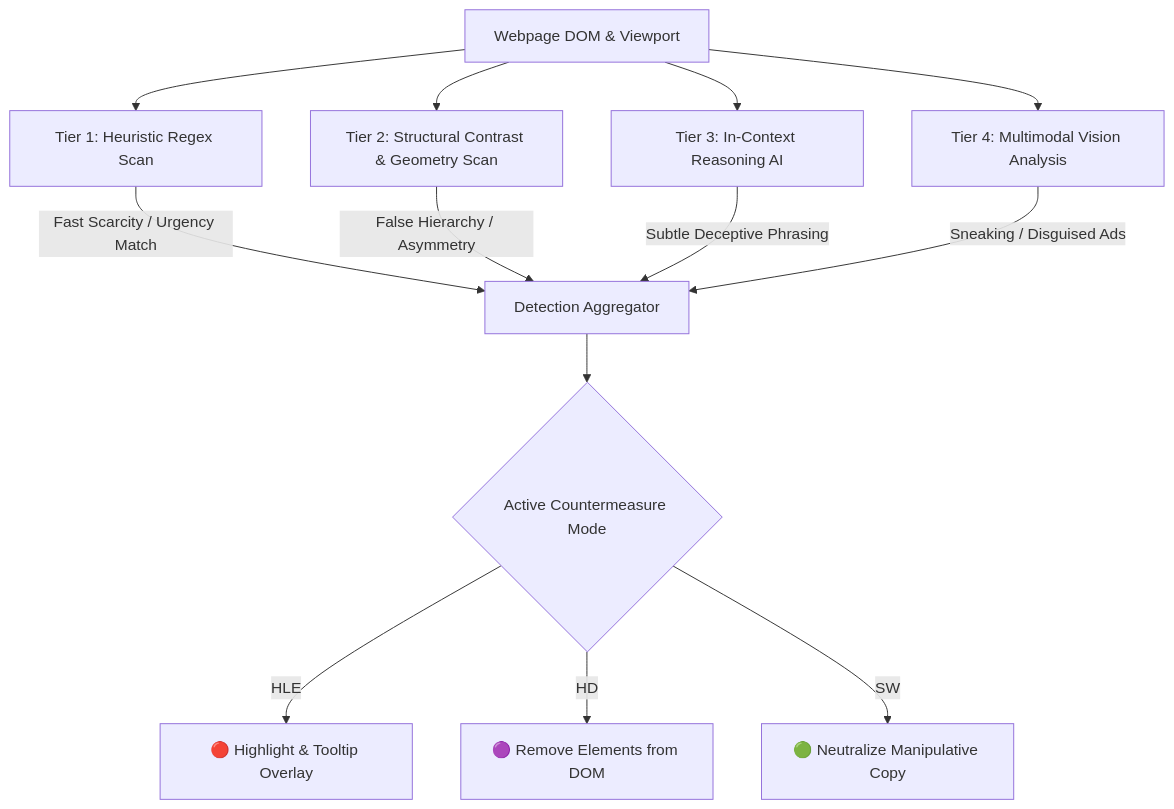
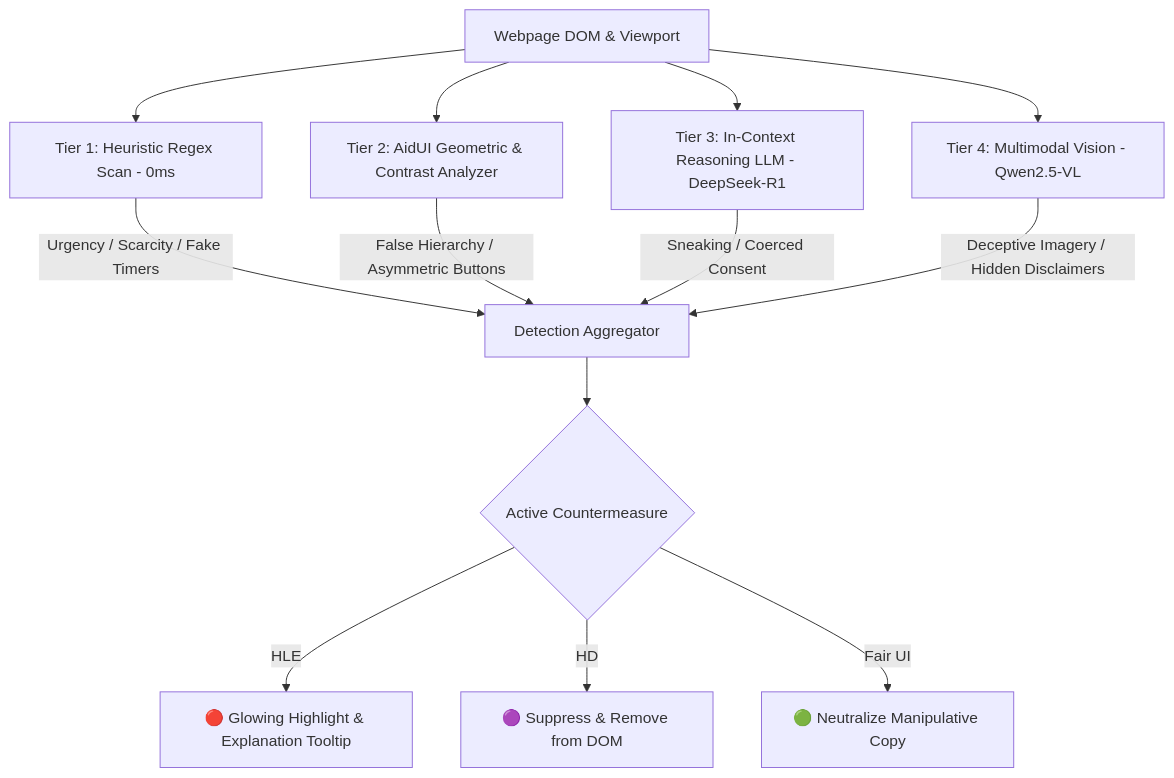
The diagram in README.md (tashfinn/DarkSight), drawn with Mermaid before and after one commit. The commit also changed other lines of this file, not shown here.

````diff
--- a/README.md
+++ b/README.md
@@ -54,17 +153,17 @@
 ```mermaid
 graph TD
-    A[Webpage DOM & Viewport] --> B[Tier 1: Heuristic Regex Scan]
-    A --> C[Tier 2: Structural Contrast & Geometry Scan]
-    A --> D[Tier 3: In-Context Reasoning AI]
-    A --> E[Tier 4: Multimodal Vision Analysis]
+    A[Webpage DOM & Viewport] --> B[Tier 1: Heuristic Regex Scan - 0ms]
+    A --> C[Tier 2: AidUI Geometric & Contrast Analyzer]
+    A --> D[Tier 3: In-Context Reasoning LLM - DeepSeek-R1]
+    A --> E[Tier 4: Multimodal Vision - Qwen2.5-VL]
 
-    B -->|Fast Scarcity / Urgency Match| F[Detection Aggregator]
-    C -->|False Hierarchy / Asymmetry| F
-    D -->|Subtle Deceptive Phrasing| F
-    E -->|Sneaking / Disguised Ads| F
+    B -->|Urgency / Scarcity / Fake Timers| F[Detection Aggregator]
+    C -->|False Hierarchy / Asymmetric Buttons| F
+    D -->|Sneaking / Coerced Consent| F
+    E -->|Deceptive Imagery / Hidden Disclaimers| F
 
-    F --> G{Active Countermeasure Mode}
-    G -->|HLE| H[🔴 Highlight & Tooltip Overlay]
-    G -->|HD| I[🟣 Remove Elements from DOM]
-    G -->|SW| J[🟢 Neutralize Manipulative Copy]
+    F --> G{Active Countermeasure}
+    G -->|HLE| H[🔴 Glowing Highlight & Explanation Tooltip]
+    G -->|HD| I[🟣 Suppress & Remove from DOM]
+    G -->|Fair UI| J[🟢 Neutralize Manipulative Copy]
 ```
````
